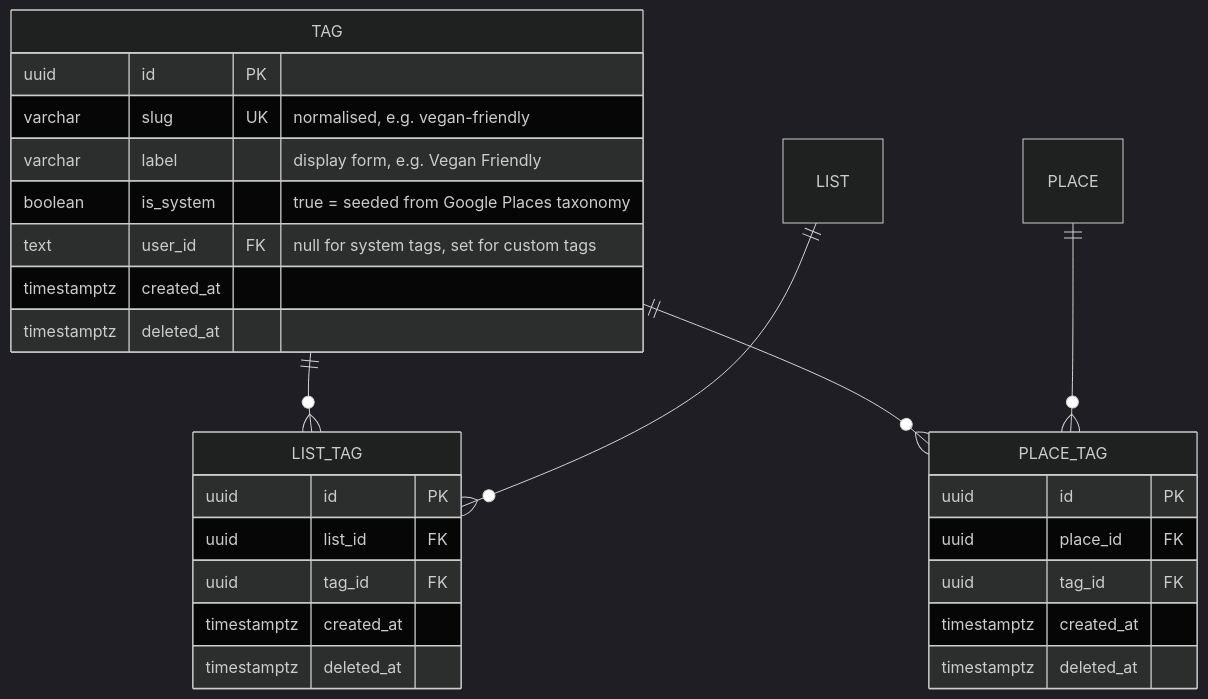
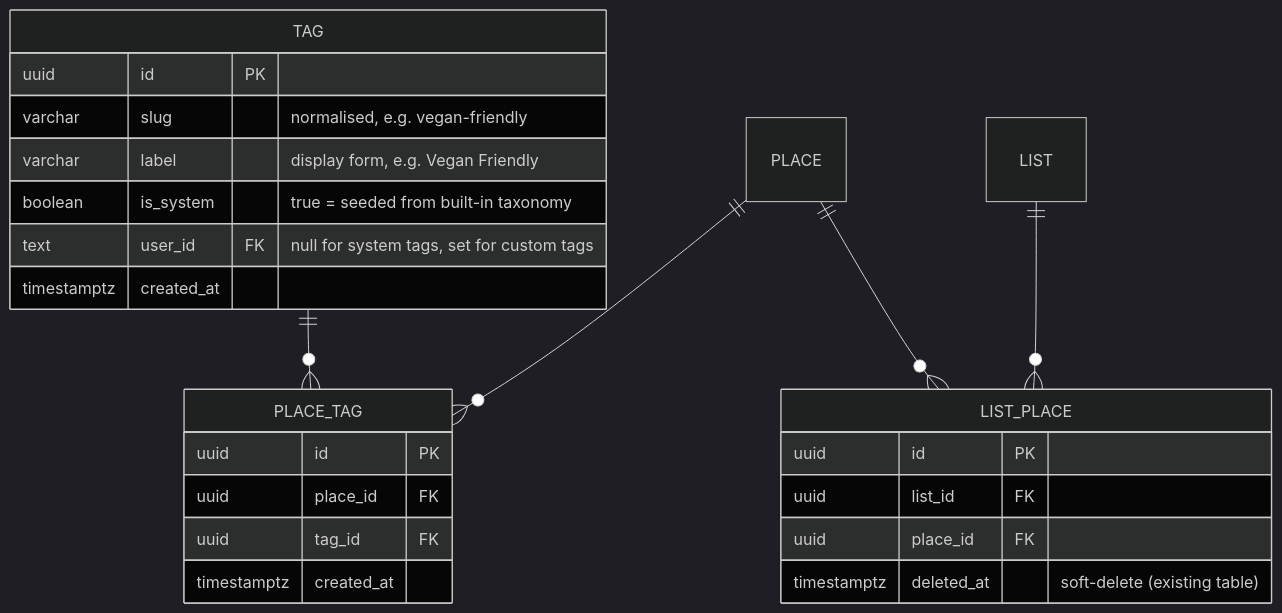
One commit to allev1985/topten changed the diagram in docs/decisions/tags.md. Above: the diagram before and after it, drawn with Mermaid (dark theme). The commit also changed other lines of this file, not shown here.

````diff
--- a/docs/decisions/tags.md
+++ b/docs/decisions/tags.md
@@ -29,31 +30,28 @@
 ```mermaid
 erDiagram
-    TAG ||--o{ LIST_TAG  : ""
     TAG ||--o{ PLACE_TAG : ""
-    LIST ||--o{ LIST_TAG  : ""
     PLACE ||--o{ PLACE_TAG : ""
+    LIST ||--o{ LIST_PLACE : ""
+    PLACE ||--o{ LIST_PLACE : ""
 
     TAG {
         uuid id PK
-        varchar slug UK  "normalised, e.g. vegan-friendly"
+        varchar slug     "normalised, e.g. vegan-friendly"
         varchar label    "display form, e.g. Vegan Friendly"
-        boolean is_system "true = seeded from Google Places taxonomy"
+        boolean is_system "true = seeded from built-in taxonomy"
         text user_id FK   "null for system tags, set for custom tags"
         timestamptz created_at
-        timestamptz deleted_at
-    }
-    LIST_TAG {
-        uuid id PK
-        uuid list_id FK
-        uuid tag_id  FK
-        timestamptz created_at
-        timestamptz deleted_at
     }
     PLACE_TAG {
         uuid id PK
         uuid place_id FK
         uuid tag_id   FK
         timestamptz created_at
-        timestamptz deleted_at
+    }
+    LIST_PLACE {
+        uuid id PK
+        uuid list_id  FK
+        uuid place_id FK
+        timestamptz deleted_at "soft-delete (existing table)"
     }
 ```
````
